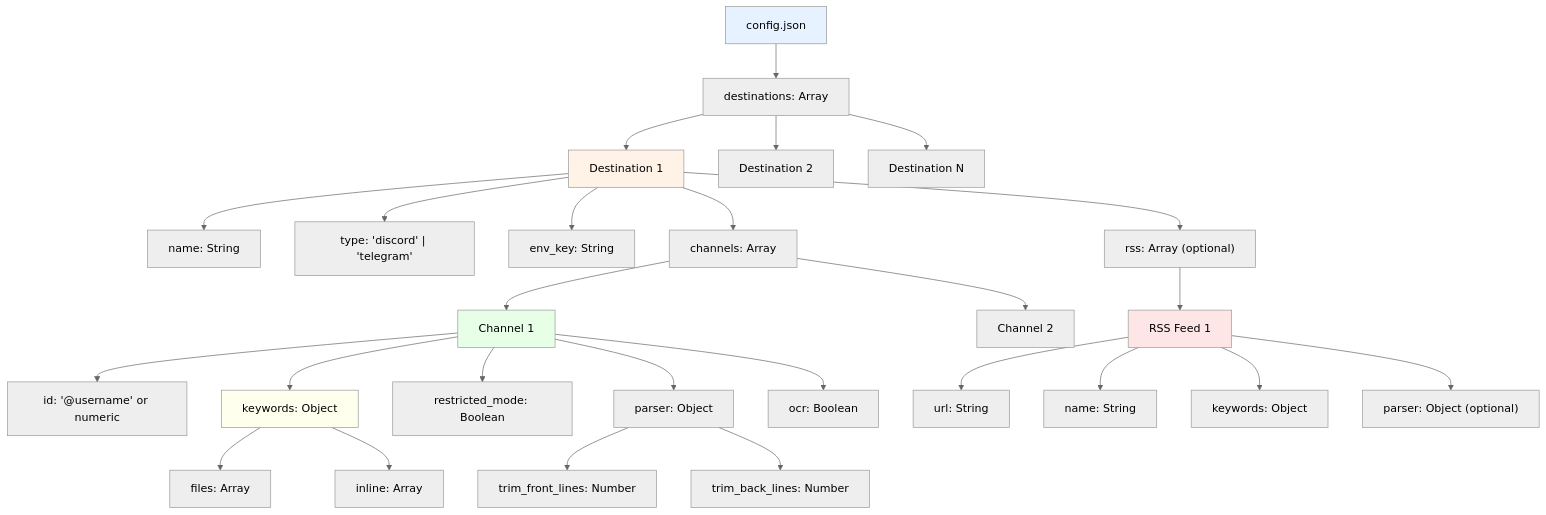
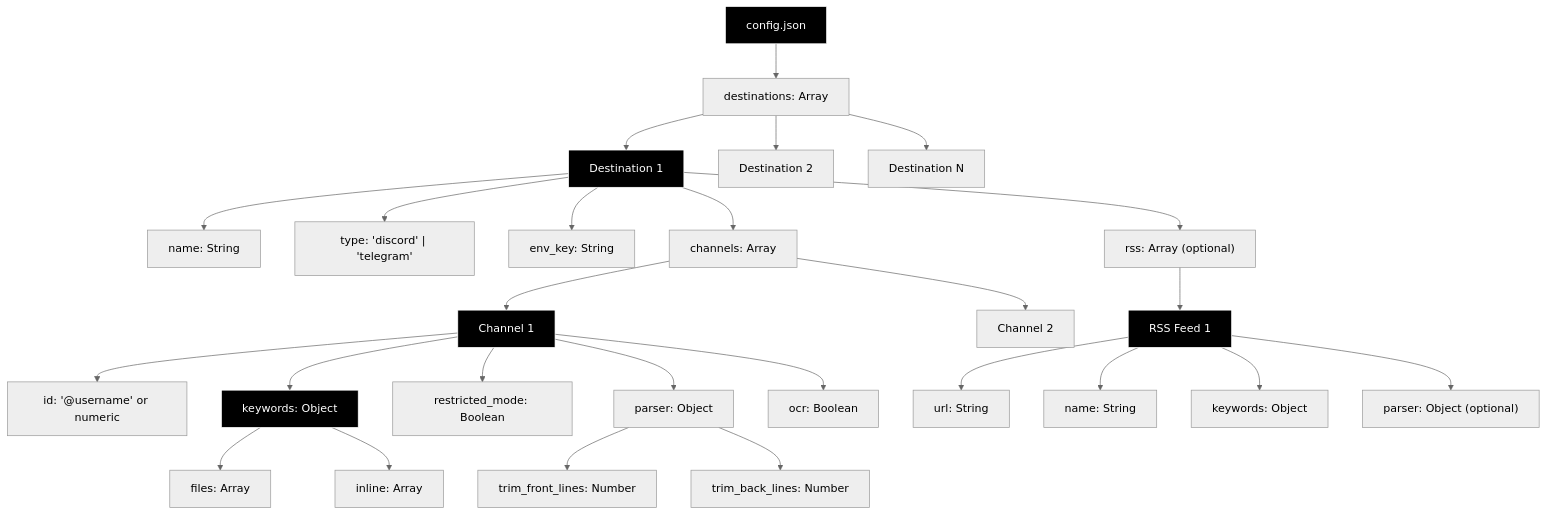
Before and after one commit to Dysrhythmic/Watchtower: the second of 3 diagrams in docs/configuration-structure.md, drawn with Mermaid (neutral theme). The commit also changed other lines of this file and 4 other files, not shown here.

First line of the commit message:
Fix Mermaid syntax errors and switch to black box theme

````diff
--- a/docs/configuration-structure.md
+++ b/docs/configuration-structure.md
@@ -45,42 +45,42 @@
 ```mermaid
 graph TD
     ROOT[config.json]
     ROOT --> DEST_ARRAY["destinations: Array"]
 
     DEST_ARRAY --> DEST1[Destination 1]
     DEST_ARRAY --> DEST2[Destination 2]
     DEST_ARRAY --> DESTN[Destination N]
 
     DEST1 --> D1_NAME["name: String"]
     DEST1 --> D1_TYPE["type: 'discord' | 'telegram'"]
     DEST1 --> D1_ENV["env_key: String"]
     DEST1 --> D1_CHAN["channels: Array"]
     DEST1 --> D1_RSS["rss: Array (optional)"]
 
     D1_CHAN --> CHAN1[Channel 1]
     D1_CHAN --> CHAN2[Channel 2]
 
     CHAN1 --> C1_ID["id: '@username' or numeric"]
     CHAN1 --> C1_KW["keywords: Object"]
     CHAN1 --> C1_RESTRICT["restricted_mode: Boolean"]
     CHAN1 --> C1_PARSER["parser: Object"]
     CHAN1 --> C1_OCR["ocr: Boolean"]
 
     C1_KW --> KW_FILES["files: Array<String>"]
     C1_KW --> KW_INLINE["inline: Array<String>"]
 
     C1_PARSER --> P_FRONT["trim_front_lines: Number"]
     C1_PARSER --> P_BACK["trim_back_lines: Number"]
 
     D1_RSS --> RSS1[RSS Feed 1]
     RSS1 --> R1_URL["url: String"]
     RSS1 --> R1_NAME["name: String"]
     RSS1 --> R1_KW["keywords: Object"]
     RSS1 --> R1_PARSER["parser: Object (optional)"]
 
-    style ROOT fill:#e6f2ff
-    style DEST1 fill:#fff2e6
-    style CHAN1 fill:#e6ffe6
-    style C1_KW fill:#ffffee
-    style RSS1 fill:#ffe6e6
+    style ROOT fill:#000,stroke:#fff,color:#fff
+    style DEST1 fill:#000,stroke:#fff,color:#fff
+    style CHAN1 fill:#000,stroke:#fff,color:#fff
+    style C1_KW fill:#000,stroke:#fff,color:#fff
+    style RSS1 fill:#000,stroke:#fff,color:#fff
 ```
````
